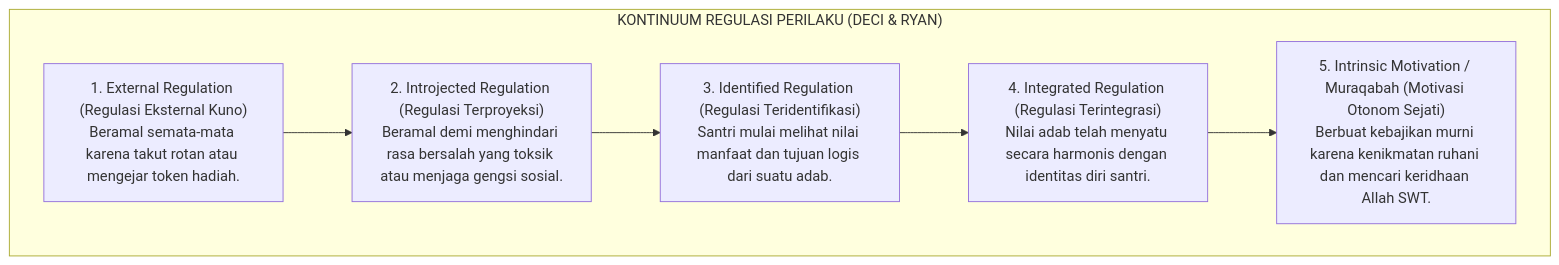
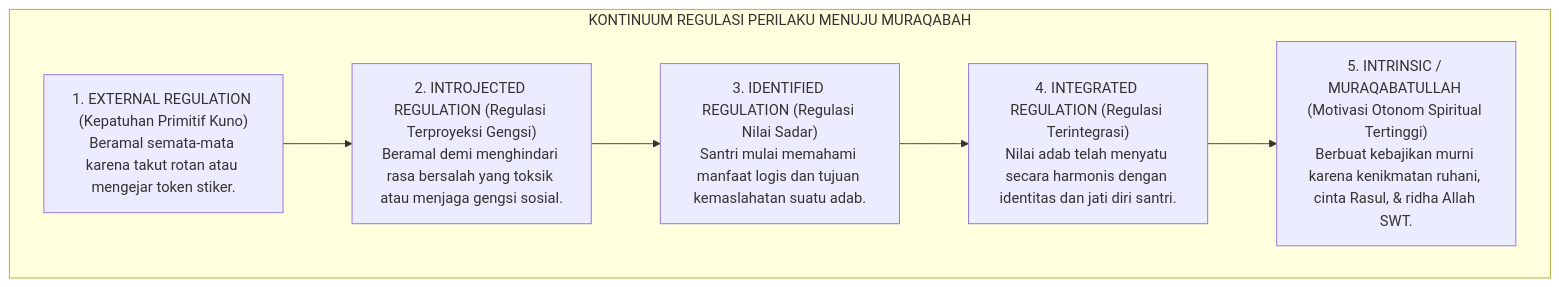
One commit to wandiapriliyandi/tumbuh changed the third of 4 diagrams in BOOK-SERIES/Volume-01/Bab-01-Krisis-Karakter-dan-Urgensi-Rekonstruksi/04-Kelemahan-Behaviorisme-Sekuler-dan-Kehampaan-Ruhani.md. Above: the diagram before and after it, drawn with Mermaid. The commit also changed other lines of this file, not shown here.

Commit message:
docs(bab-1.4): rekonstruksi mendalam kritik behaviorisme sekuler, overjustification effect, dan kemurnian ikhlas Turats Al-Ghazali

````diff
--- a/BOOK-SERIES/Volume-01/Bab-01-Krisis-Karakter-dan-Urgensi-Rekonstruksi/04-Kelemahan-Behaviorisme-Sekuler-dan-Kehampaan-Ruhani.md
+++ b/BOOK-SERIES/Volume-01/Bab-01-Krisis-Karakter-dan-Urgensi-Rekonstruksi/04-Kelemahan-Behaviorisme-Sekuler-dan-Kehampaan-Ruhani.md
@@ -53,12 +86,12 @@
 ```mermaid
 graph TD
-    subgraph Kontinuum["KONTINUUM REGULASI PERILAKU (DECI & RYAN)"]
-        L1["1. External Regulation (Regulasi Eksternal Kuno)<br/>Beramal semata-mata karena takut rotan atau mengejar token hadiah."]
-        L2["2. Introjected Regulation (Regulasi Terproyeksi)<br/>Beramal demi menghindari rasa bersalah yang toksik atau menjaga gengsi sosial."]
-        L3["3. Identified Regulation (Regulasi Teridentifikasi)<br/>Santri mulai melihat nilai manfaat dan tujuan logis dari suatu adab."]
-        L4["4. Integrated Regulation (Regulasi Terintegrasi)<br/>Nilai adab telah menyatu secara harmonis dengan identitas diri santri."]
-        L5["5. Intrinsic Motivation / Muraqabah (Motivasi Otonom Sejati)<br/>Berbuat kebajikan murni karena kenikmatan ruhani dan mencari keridhaan Allah SWT."]
+    subgraph Kontinuum["KONTINUUM REGULASI PERILAKU MENUJU MURAQABAH"]
+        L1["1. EXTERNAL REGULATION (Kepatuhan Primitif Kuno)<br/>Beramal semata-mata karena takut rotan atau mengejar token stiker."]
+        L2["2. INTROJECTED REGULATION (Regulasi Terproyeksi Gengsi)<br/>Beramal demi menghindari rasa bersalah yang toksik atau menjaga gengsi sosial."]
+        L3["3. IDENTIFIED REGULATION (Regulasi Nilai Sadar)<br/>Santri mulai memahami manfaat logis dan tujuan kemaslahatan suatu adab."]
+        L4["4. INTEGRATED REGULATION (Regulasi Terintegrasi)<br/>Nilai adab telah menyatu secara harmonis dengan identitas dan jati diri santri."]
+        L5["5. INTRINSIC / MURAQABATULLAH (Motivasi Otonom Spiritual Tertinggi)<br/>Berbuat kebajikan murni karena kenikmatan ruhani, cinta Rasul, & ridha Allah SWT."]
         
         L1 --> L2 --> L3 --> L4 --> L5
     end
 ```
````
